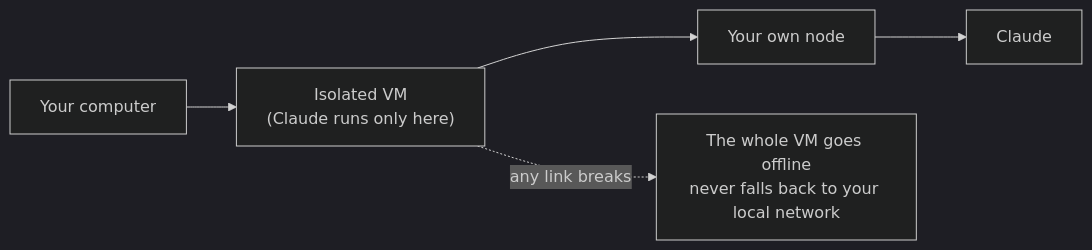
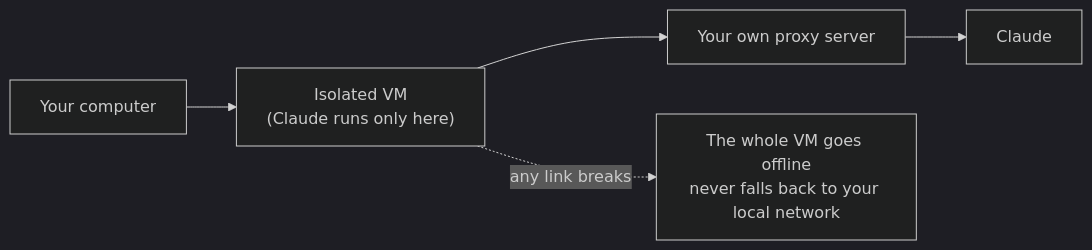
Before and after one commit to nana-fox/cchouse: the diagram in README.en.md, drawn with Mermaid (dark theme). The commit also changed other lines of this file and 7 other files, not shown here.

````diff
--- a/README.en.md
+++ b/README.en.md
@@ -30,7 +30,7 @@
 ```mermaid
 flowchart LR
     A["Your computer"] --> B["Isolated VM<br/>(Claude runs only here)"]
-    B --> C["Your own node"]
+    B --> C["Your own proxy server"]
     C --> D["Claude"]
     B -. "any link breaks" .-> X["The whole VM goes offline<br/>never falls back to your local network"]
 ```
````
